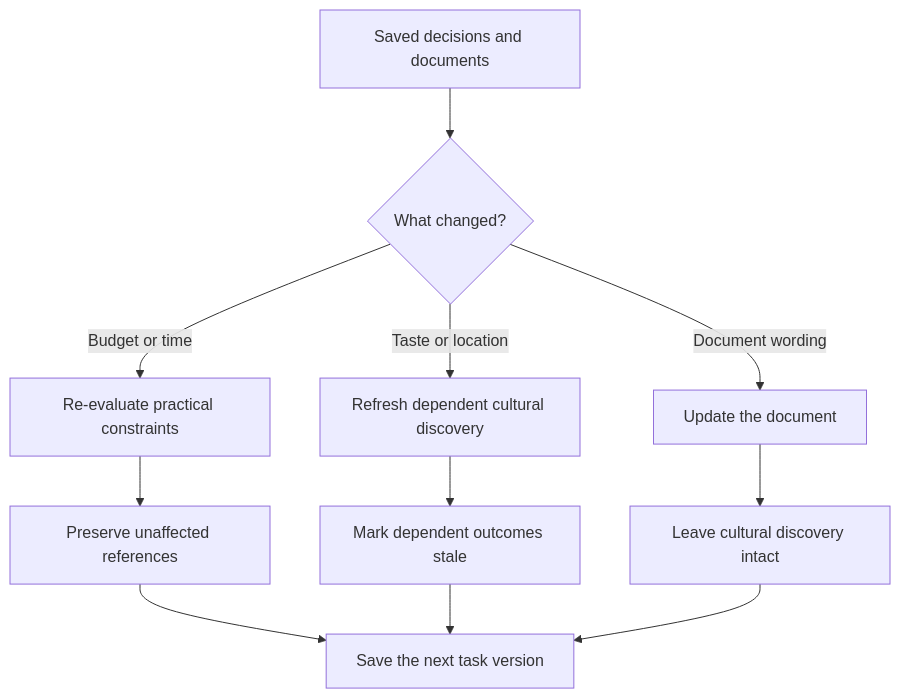
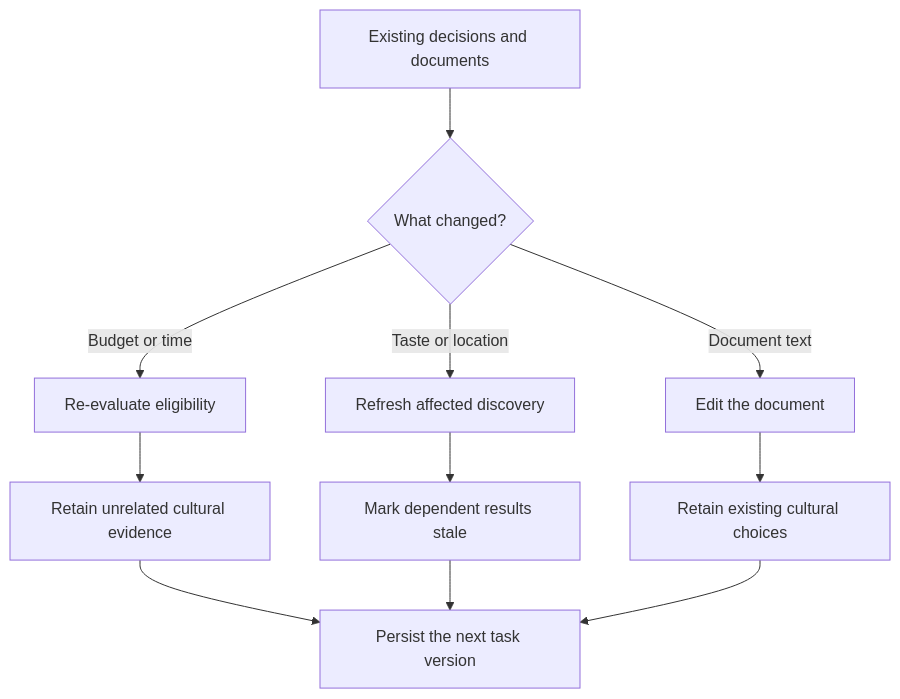
Before and after one commit to Davemafy/ighor: the fifth of 5 diagrams in README.md, drawn with Mermaid. The commit also changed other lines of this file, not shown here.

Commit message:
docs: match Parallel README structure with evidence and engineering details

````diff
--- a/README.md
+++ b/README.md
@@ -135,13 +193,13 @@
 ```mermaid
 flowchart TD
-    A["Saved decisions and documents"] --> B{"What changed?"}
-    B -->|"Budget or time"| C["Re-evaluate practical constraints"]
-    B -->|"Taste or location"| D["Refresh dependent cultural discovery"]
-    B -->|"Document wording"| E["Update the document"]
-    C --> F["Preserve unaffected references"]
-    D --> G["Mark dependent outcomes stale"]
-    E --> H["Leave cultural discovery intact"]
-    F --> I["Save the next task version"]
+    A["Existing decisions and documents"] --> B{"What changed?"}
+    B -- "Budget or time" --> C["Re-evaluate eligibility"]
+    B -- "Taste or location" --> D["Refresh affected discovery"]
+    B -- "Document text" --> E["Edit the document"]
+    C --> F["Retain unrelated cultural evidence"]
+    D --> G["Mark dependent results stale"]
+    E --> H["Retain existing cultural choices"]
+    F --> I["Persist the next task version"]
     G --> I
     H --> I
 ```
````
